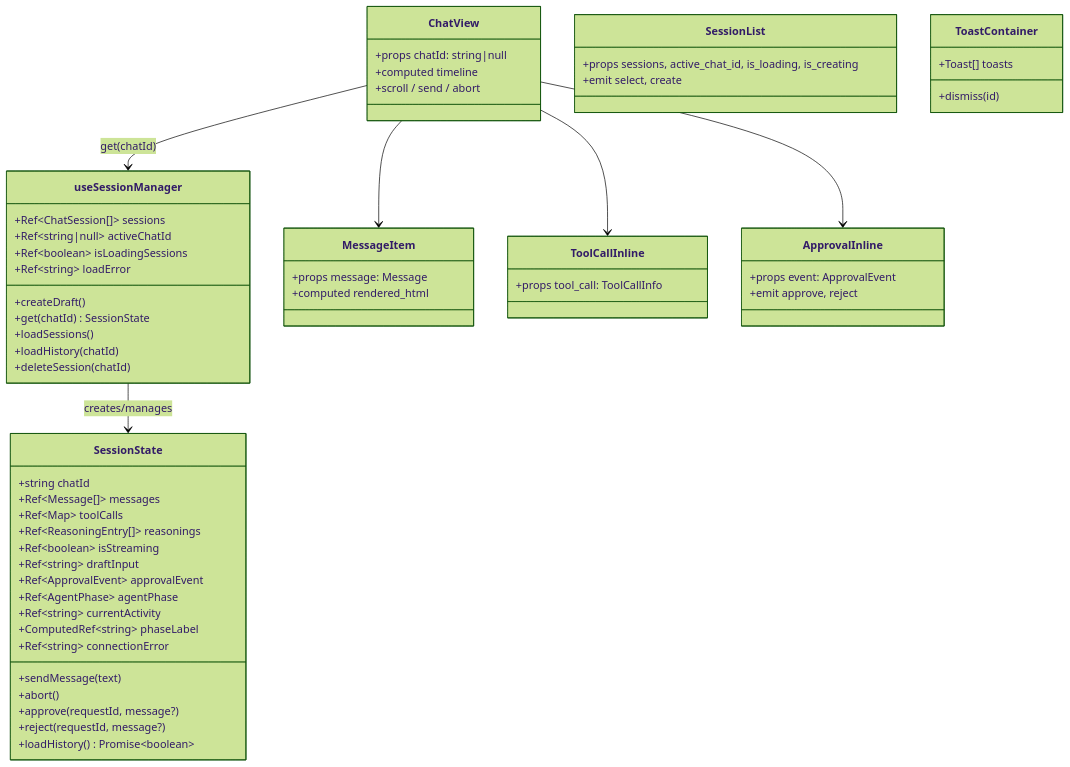
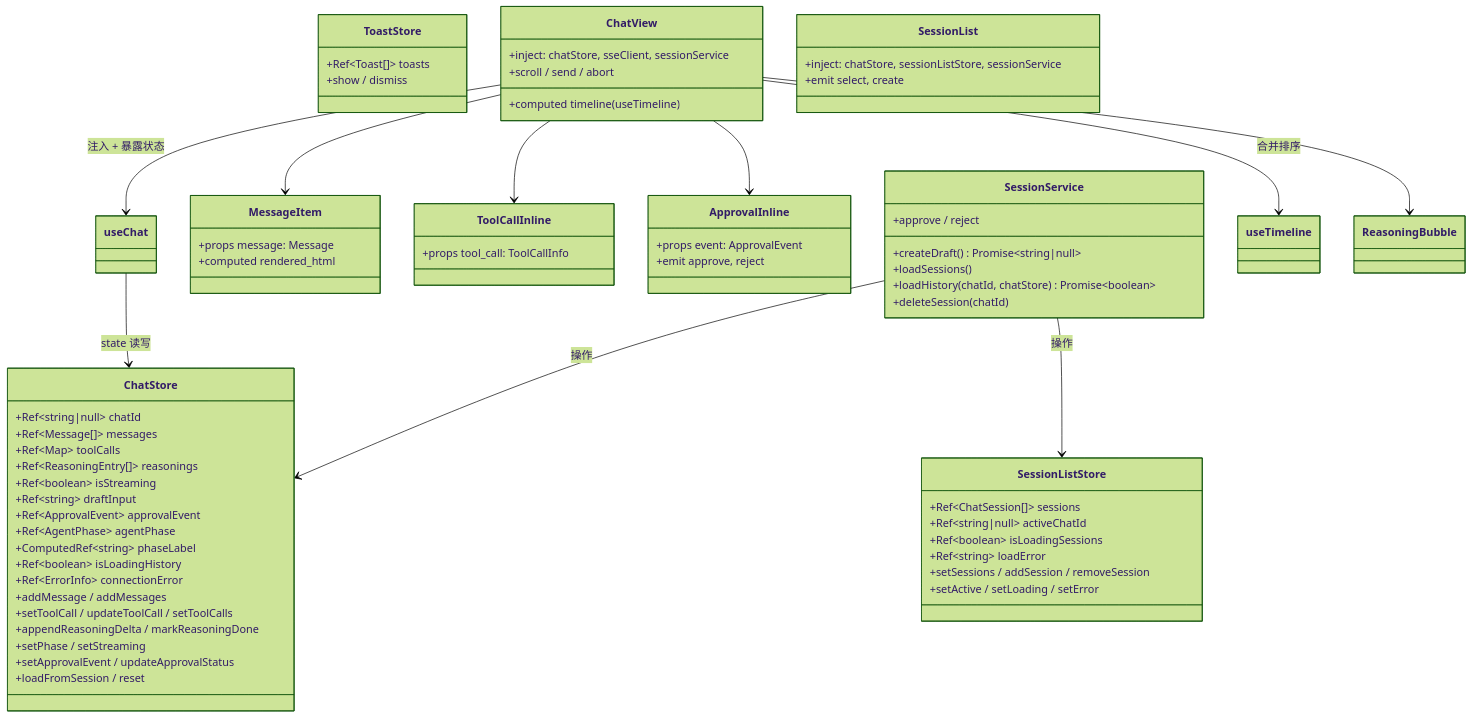
Before and after one commit to nazzeDe/alascup-agent: the fifth of 6 diagrams in frontend/graph.md, drawn with Mermaid (forest theme). The commit also changed other lines of this file and 11 other files, not shown here.

````diff
--- a/frontend/graph.md
+++ b/frontend/graph.md
@@ -272,69 +279,79 @@
 ```mermaid
 classDiagram
-    class useSessionManager {
-        +Ref~ChatSession[]~ sessions
-        +Ref~string|null~ activeChatId
-        +Ref~boolean~ isLoadingSessions
-        +Ref~string~ loadError
-        +createDraft()
-        +get(chatId) SessionState
-        +loadSessions()
-        +loadHistory(chatId)
-        +deleteSession(chatId)
-    }
-
-    class SessionState {
-        +string chatId
+    class ChatStore {
+        +Ref~string|null~ chatId
         +Ref~Message[]~ messages
         +Ref~Map~ toolCalls
         +Ref~ReasoningEntry[]~ reasonings
         +Ref~boolean~ isStreaming
         +Ref~string~ draftInput
         +Ref~ApprovalEvent~ approvalEvent
         +Ref~AgentPhase~ agentPhase
-        +Ref~string~ currentActivity
         +ComputedRef~string~ phaseLabel
-        +Ref~string~ connectionError
-        +sendMessage(text)
-        +abort()
-        +approve(requestId, message?)
-        +reject(requestId, message?)
-        +loadHistory() Promise~boolean~
+        +Ref~boolean~ isLoadingHistory
+        +Ref~ErrorInfo~ connectionError
+        +addMessage / addMessages
+        +setToolCall / updateToolCall / setToolCalls
+        +appendReasoningDelta / markReasoningDone
+        +setPhase / setStreaming
+        +setApprovalEvent / updateApprovalStatus
+        +loadFromSession / reset
+    }
+
+    class SessionListStore {
+        +Ref~ChatSession[]~ sessions
+        +Ref~string|null~ activeChatId
+        +Ref~boolean~ isLoadingSessions
+        +Ref~string~ loadError
+        +setSessions / addSession / removeSession
+        +setActive / setLoading / setError
+    }
+
+    class ToastStore {
+        +Ref~Toast[]~ toasts
+        +show / dismiss
+    }
+
+    class SessionService {
+        +createDraft() Promise~string|null~
+        +loadSessions()
+        +loadHistory(chatId, chatStore) Promise~boolean~
+        +deleteSession(chatId)
+        +approve / reject
     }
 
     class ChatView {
-        +props chatId: string|null
-        +computed timeline
+        +inject: chatStore, sseClient, sessionService
+        +computed timeline (useTimeline)
         +scroll / send / abort
     }
 
     class MessageItem {
         +props message: Message
         +computed rendered_html
     }
 
     class ToolCallInline {
         +props tool_call: ToolCallInfo
     }
 
     class ApprovalInline {
         +props event: ApprovalEvent
         +emit approve, reject
     }
 
     class SessionList {
-        +props sessions, active_chat_id, is_loading, is_creating
+        +inject: chatStore, sessionListStore, sessionService
         +emit select, create
     }
 
-    class ToastContainer {
-        +Toast[] toasts
-        +dismiss(id)
-    }
-
-    ChatView --> useSessionManager: get(chatId)
+    ChatView --> useChat: 注入 + 暴露状态
+    ChatView --> useTimeline: 合并排序
     ChatView --> MessageItem
     ChatView --> ToolCallInline
     ChatView --> ApprovalInline
-    useSessionManager --> SessionState: creates/manages
+    ChatView --> ReasoningBubble
+    useChat --> ChatStore: state 读写
+    SessionService --> ChatStore: 操作
+    SessionService --> SessionListStore: 操作
 ```
````
